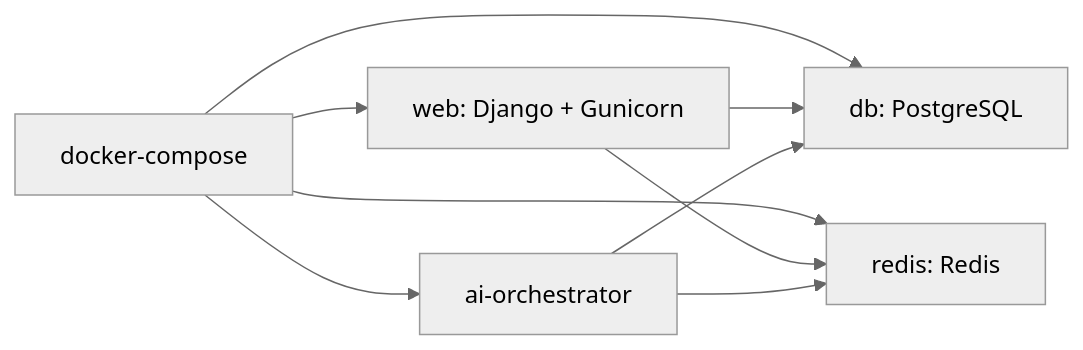
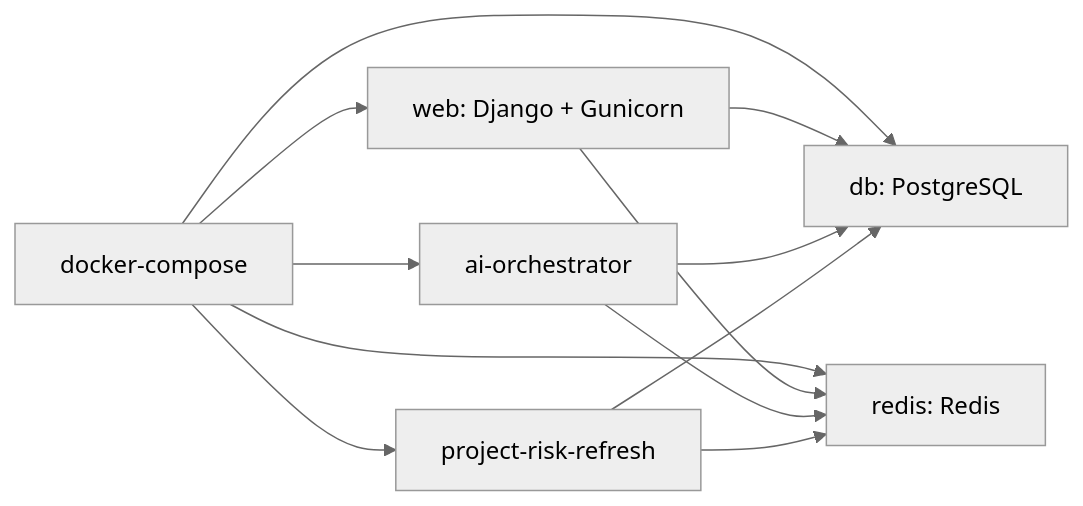
Before and after one commit to memekeji/dtcall-ai-erp: the second of 10 diagrams in documents/05_部署运行与运维安全说明.md, drawn with Mermaid (neutral theme). The commit also changed other lines of this file and 92 other files, not shown here.

````diff
--- a/documents/05_部署运行与运维安全说明.md
+++ b/documents/05_部署运行与运维安全说明.md
@@ -104,11 +117,14 @@
 ```mermaid
 flowchart LR
     Compose[docker-compose] --> DB[db: PostgreSQL]
     Compose --> Redis[redis: Redis]
     Compose --> Web[web: Django + Gunicorn]
     Compose --> AI[ai-orchestrator]
+    Compose --> Risk[project-risk-refresh]
     Web --> DB
     Web --> Redis
     AI --> DB
     AI --> Redis
+    Risk --> DB
+    Risk --> Redis
 ```
````
